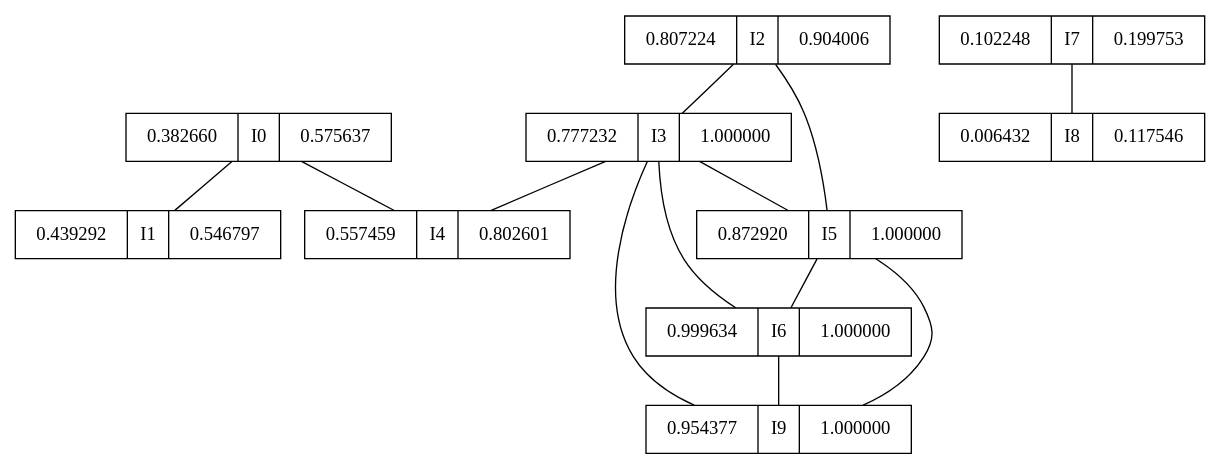
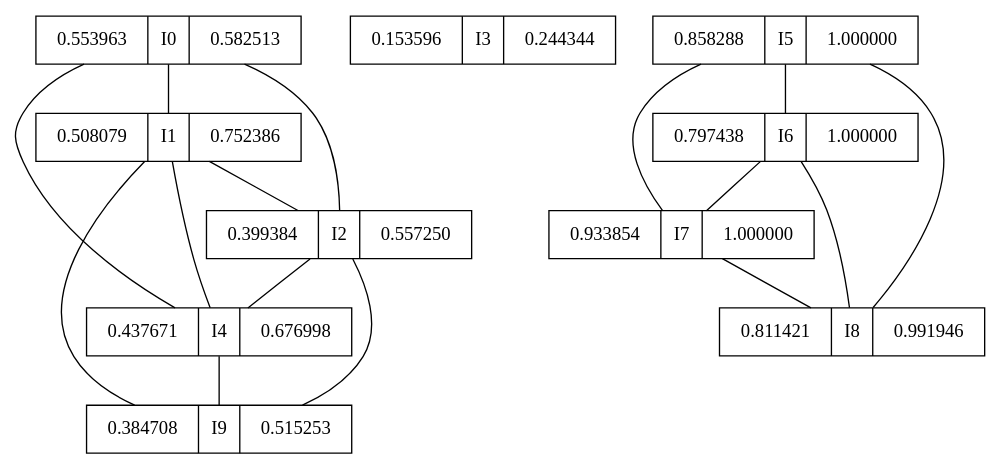
Before and after one commit to rajasekhar02/practiceCpp: the diagram in maximum_sets/example1.dot, drawn with Graphviz. The commit also changed 2 other files, not shown here.

```diff
--- a/maximum_sets/example1.dot
+++ b/maximum_sets/example1.dot
@@ -1,28 +1,30 @@
 graph IntervalGraph {
-struct0 [shape=record, label="0.382660|I0|0.575637"]
-struct1 [shape=record, label="0.439292|I1|0.546797"]
-struct2 [shape=record, label="0.807224|I2|0.904006"]
-struct3 [shape=record, label="0.777232|I3|1.000000"]
-struct4 [shape=record, label="0.557459|I4|0.802601"]
-struct5 [shape=record, label="0.872920|I5|1.000000"]
-struct6 [shape=record, label="0.999634|I6|1.000000"]
-struct7 [shape=record, label="0.102248|I7|0.199753"]
-struct8 [shape=record, label="0.006432|I8|0.117546"]
-struct9 [shape=record, label="0.954377|I9|1.000000"]
+struct0 [shape=record, label="0.553963|I0|0.582513"]
+struct1 [shape=record, label="0.508079|I1|0.752386"]
+struct2 [shape=record, label="0.399384|I2|0.557250"]
+struct3 [shape=record, label="0.153596|I3|0.244344"]
+struct4 [shape=record, label="0.437671|I4|0.676998"]
+struct5 [shape=record, label="0.858288|I5|1.000000"]
+struct6 [shape=record, label="0.797438|I6|1.000000"]
+struct7 [shape=record, label="0.933854|I7|1.000000"]
+struct8 [shape=record, label="0.811421|I8|0.991946"]
+struct9 [shape=record, label="0.384708|I9|0.515253"]
  struct0 -- struct1;
+ struct0 -- struct2;
  struct0 -- struct4;
- struct1;
- struct2 -- struct3;
- struct2 -- struct5;
- struct3 -- struct4;
- struct3 -- struct5;
- struct3 -- struct6;
- struct3 -- struct9;
- struct4;
+ struct1 -- struct2;
+ struct1 -- struct4;
+ struct1 -- struct9;
+ struct2 -- struct4;
+ struct2 -- struct9;
+ struct3;
+ struct4 -- struct9;
  struct5 -- struct6;
- struct5 -- struct9;
- struct6 -- struct9;
+ struct5 -- struct7;
+ struct5 -- struct8;
+ struct6 -- struct7;
+ struct6 -- struct8;
  struct7 -- struct8;
  struct8;
  struct9;
 }
```
